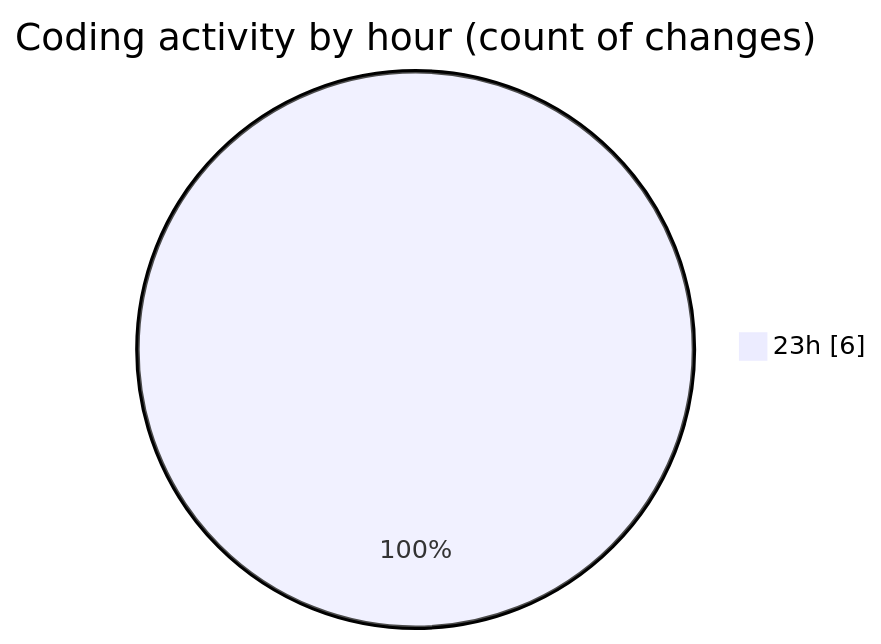
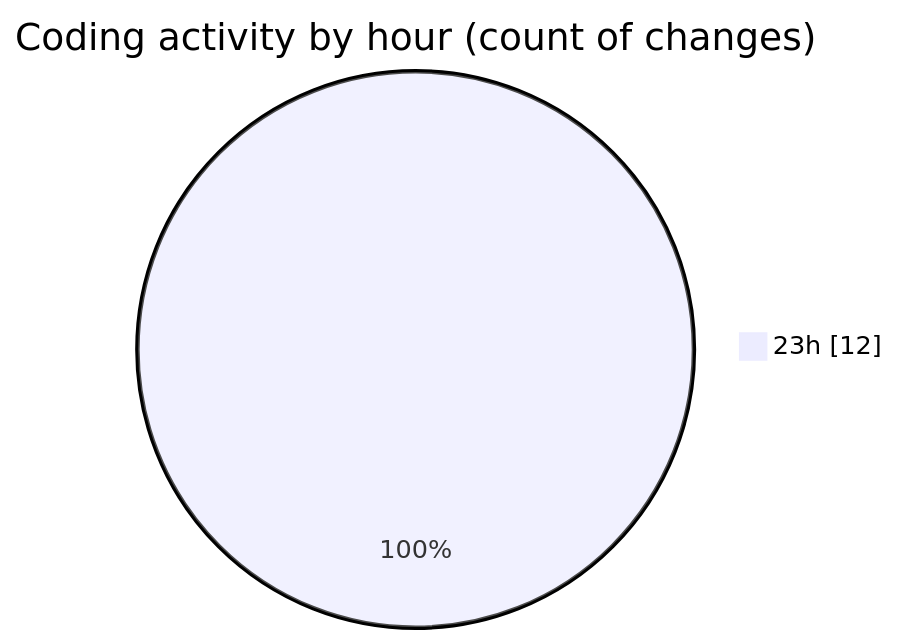
One commit to Unknowalive/code-tracking changed the second of 2 diagrams in 2026-04-20/assignment_2/README.md. Above: the diagram before and after it, drawn with Mermaid. The commit also changed other lines of this file and 1 other file, not shown here.

````diff
--- a/2026-04-20/assignment_2/README.md
+++ b/2026-04-20/assignment_2/README.md
@@ -29,5 +29,5 @@
 ```mermaid
 pie showData
 title Coding activity by hour (count of changes)
-"23h" : 6
+"23h" : 12
 ```
````
